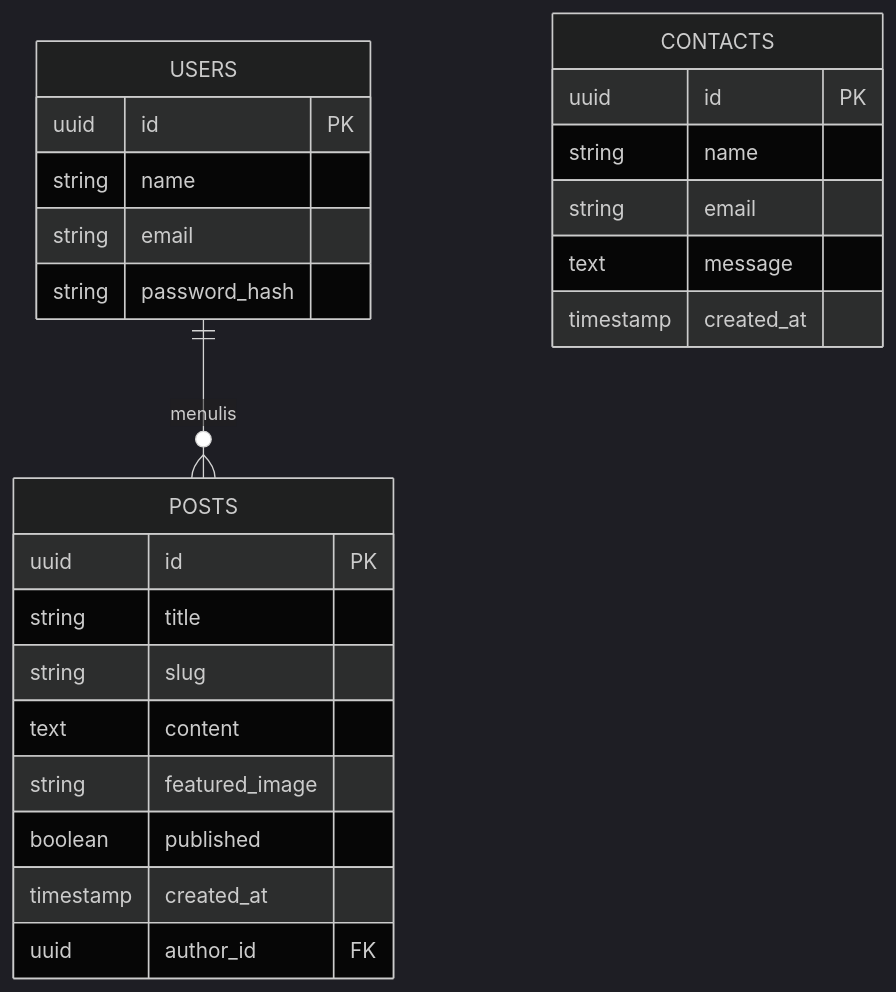
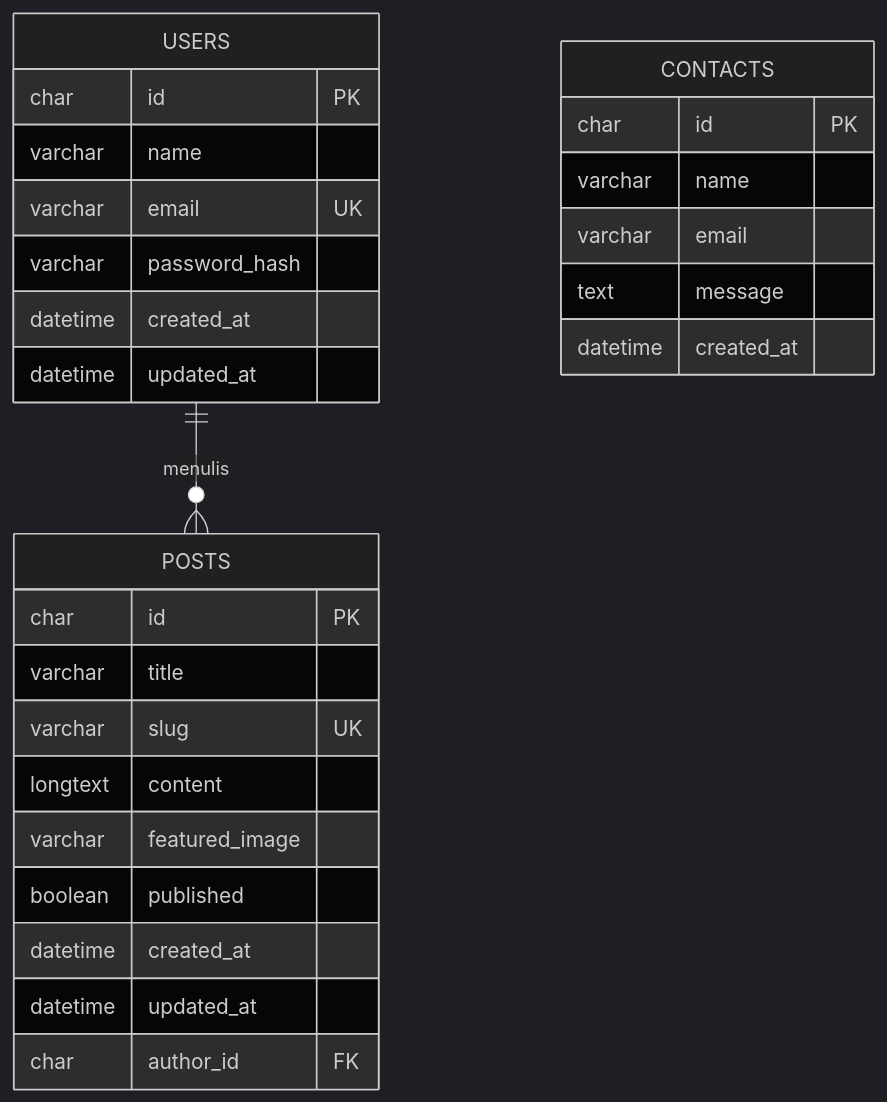
Before and after one commit to kahjsuygsl-oss/serasinusa: the second of 2 diagrams in PRD.md, drawn with Mermaid (dark theme). The commit also changed other lines of this file and 25 other files, not shown here.

````diff
--- a/PRD.md
+++ b/PRD.md
@@ -103,31 +105,33 @@
 ```mermaid
 erDiagram
     USERS {
-        uuid id PK
-        string name
-        string email
-        string password_hash
+        char id PK
+        varchar name
+        varchar email UK
+        varchar password_hash
+        datetime created_at
+        datetime updated_at
     }
-    
+
     POSTS {
-        uuid id PK
-        string title
-        string slug
-        text content
-        string featured_image
+        char id PK
+        varchar title
+        varchar slug UK
+        longtext content
+        varchar featured_image
         boolean published
-        timestamp created_at
-        uuid author_id FK
+        datetime created_at
+        datetime updated_at
+        char author_id FK
     }
 
     CONTACTS {
-        uuid id PK
-        string name
-        string email
+        char id PK
+        varchar name
+        varchar email
         text message
-        timestamp created_at
+        datetime created_at
     }
 
-    %% Relasi
     USERS ||--o{ POSTS : "menulis"
 ```
````
